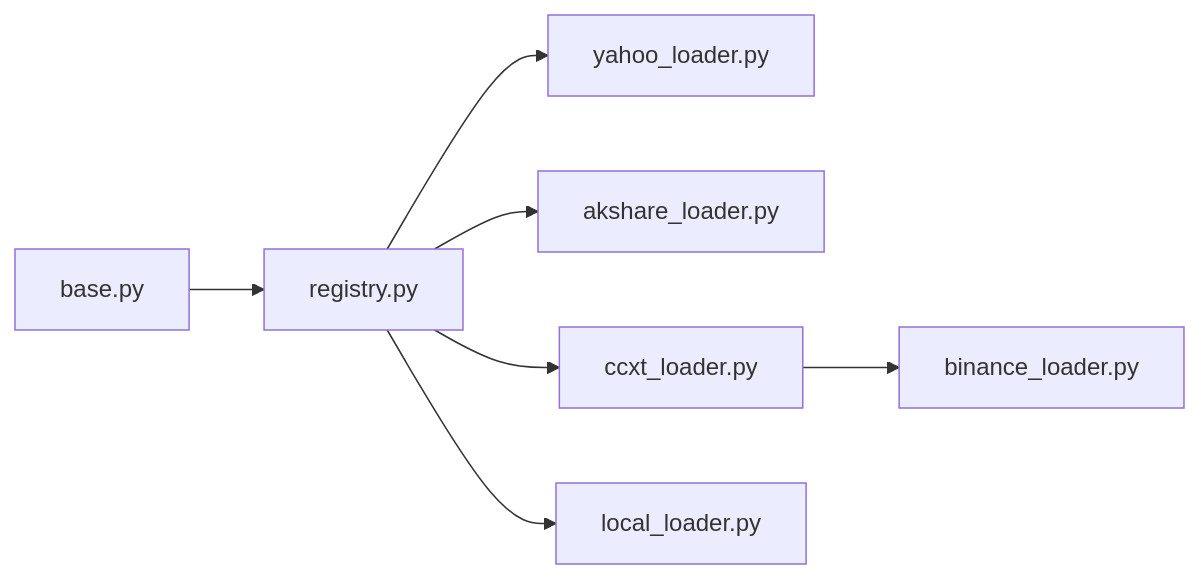
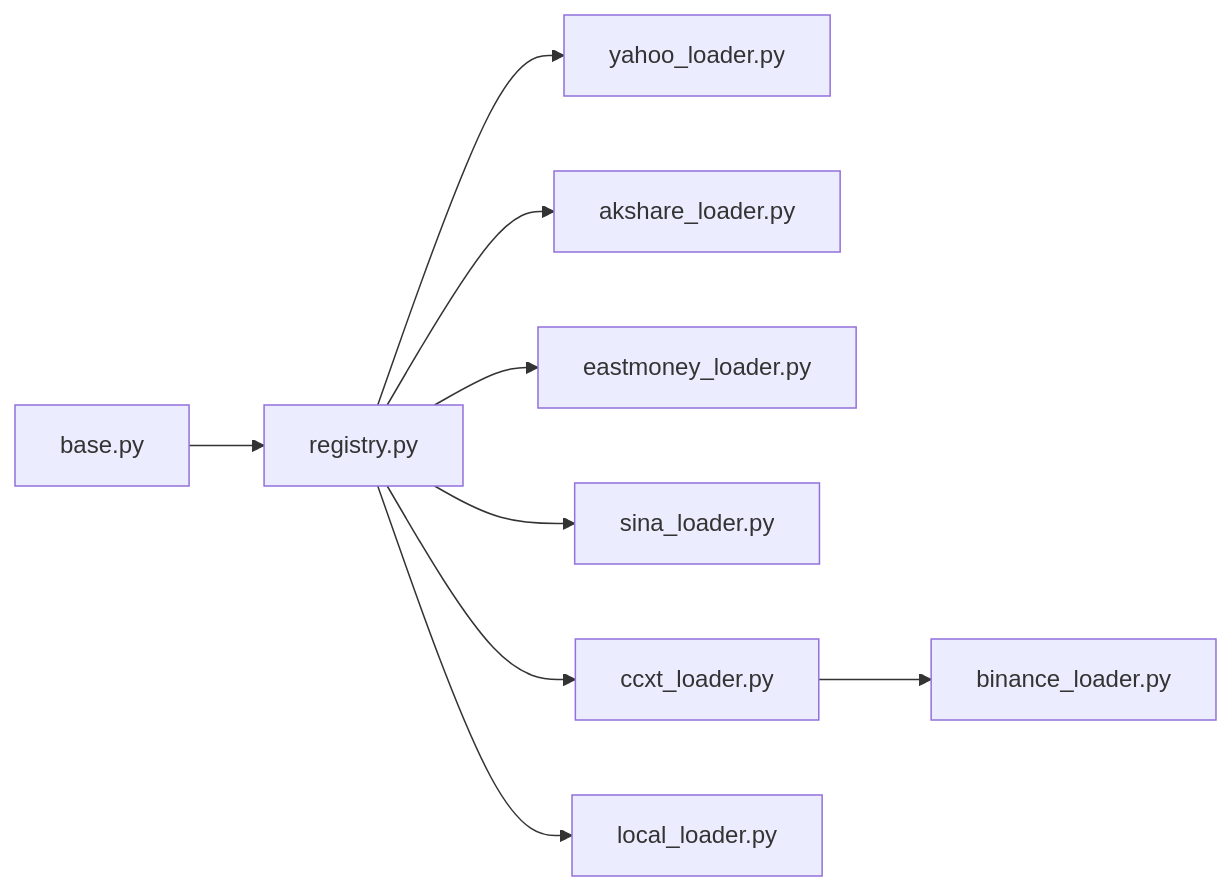
The ninth of 9 diagrams in .qoder/repowiki/zh/content/项目概述/核心功能特性/统一数据管理层/数据源集成架构.md (20012002er/Vibe-Trading), drawn with Mermaid before and after one commit. The commit also changed other lines of this file and 4 other files, not shown here.

````diff
--- a/.qoder/repowiki/zh/content/项目概述/核心功能特性/统一数据管理层/数据源集成架构.md
+++ b/.qoder/repowiki/zh/content/项目概述/核心功能特性/统一数据管理层/数据源集成架构.md
@@ -311,9 +347,11 @@
 ```mermaid
 graph LR
 Base["base.py"] --> Reg["registry.py"]
 Reg --> YF["yahoo_loader.py"]
 Reg --> AK["akshare_loader.py"]
+Reg --> EM["eastmoney_loader.py"]
+Reg --> SINA["sina_loader.py"]
 Reg --> CC["ccxt_loader.py"]
 CC --> BIN["binance_loader.py"]
 Reg --> LOC["local_loader.py"]
 ```
````
